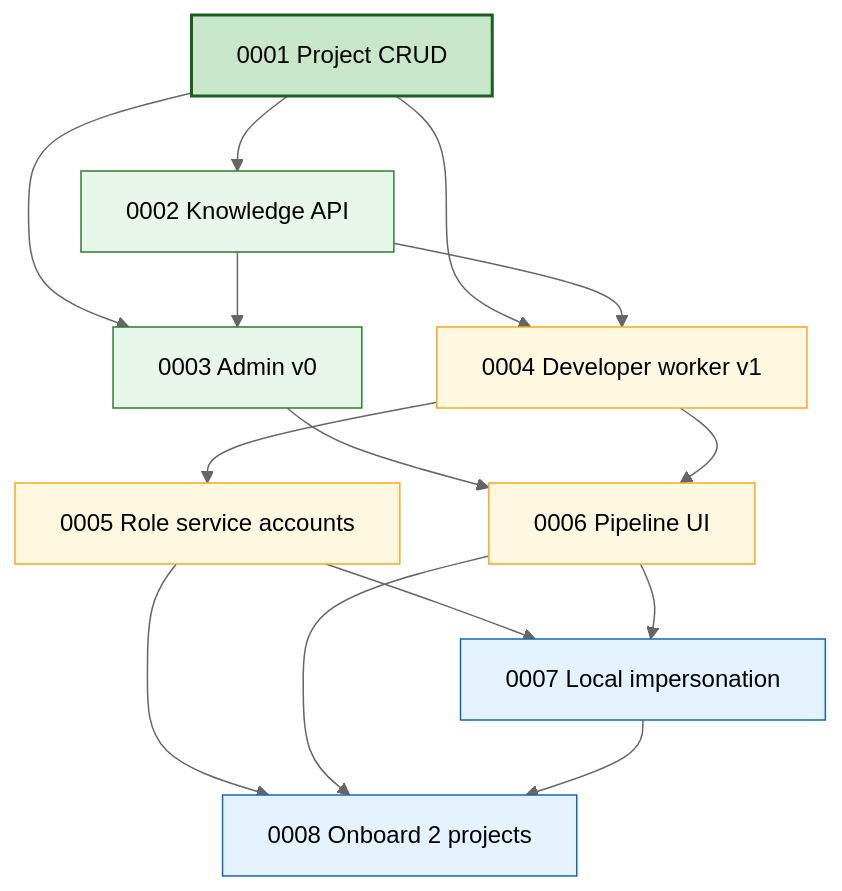
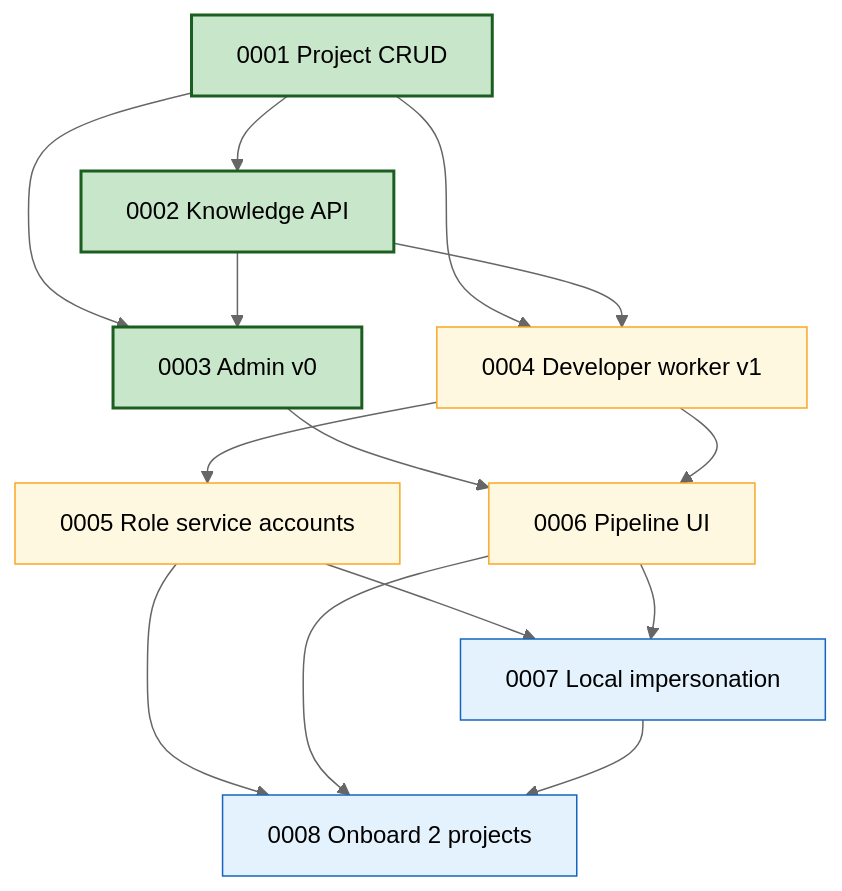
One commit to coder-devx/coder-system changed the diagram in system/product-specs/ROADMAP.md. Above: the diagram before and after it, drawn with Mermaid (neutral theme). The commit also changed other lines of this file and 4 other files, not shown here.

````diff
--- a/system/product-specs/ROADMAP.md
+++ b/system/product-specs/ROADMAP.md
@@ -155,34 +152,33 @@
 ```mermaid
 flowchart TB
   s1["0001 Project CRUD"]
   s2["0002 Knowledge API"]
   s3["0003 Admin v0"]
   s4["0004 Developer worker v1"]
   s5["0005 Role service accounts"]
   s6["0006 Pipeline UI"]
   s7["0007 Local impersonation"]
   s8["0008 Onboard 2 projects"]
 
   s1 --> s2
   s1 --> s3
   s1 --> s4
   s2 --> s3
   s2 --> s4
   s3 --> s6
   s4 --> s5
   s4 --> s6
   s5 --> s7
   s6 --> s7
   s5 --> s8
   s6 --> s8
   s7 --> s8
 
   classDef shipped fill:#c8e6c9,stroke:#1b5e20,stroke-width:2px
   classDef now fill:#e8f5e9,stroke:#2e7d32
   classDef next fill:#fff8e1,stroke:#f9a825
   classDef later fill:#e3f2fd,stroke:#1565c0
-  class s1 shipped
-  class s2,s3 now
+  class s1,s2,s3 shipped
   class s4,s5,s6 next
   class s7,s8 later
 ```
````
